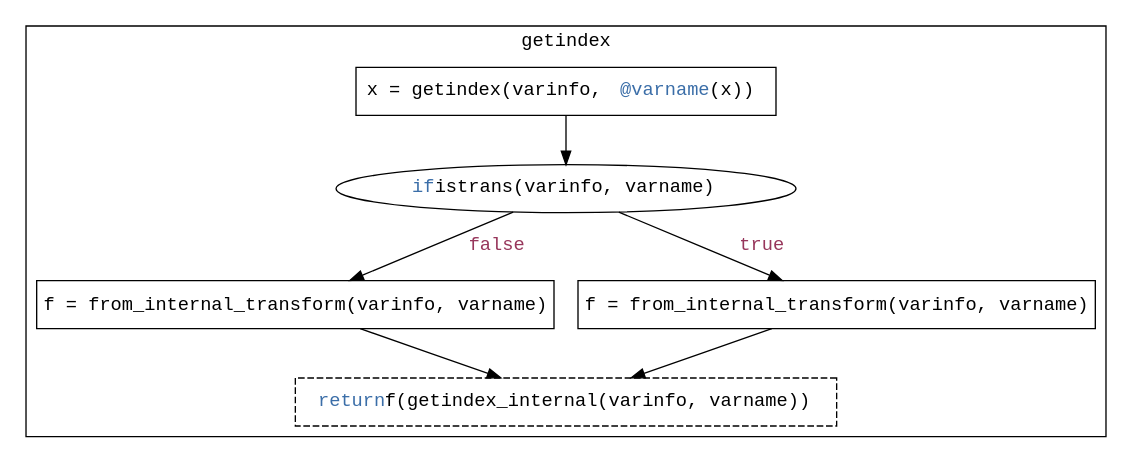
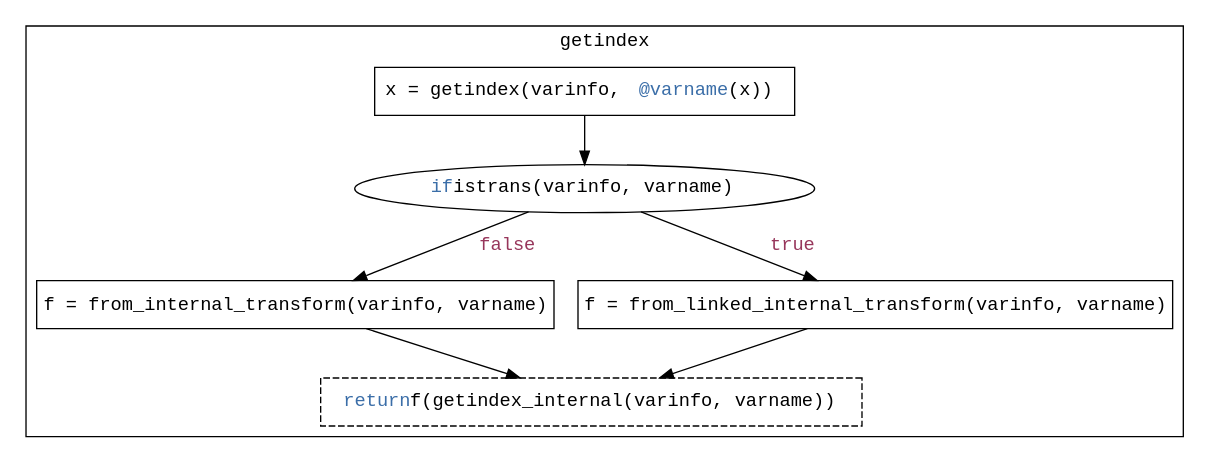
The diagram in docs/src/assets/images/transformations-getindex-without-dist.dot (TuringLang/DynamicPPL.jl), drawn with Graphviz before and after one commit. The commit also changed 3 other files, not shown here.

Commit message:
fixed getindex diagrams in docs

```diff
--- a/docs/src/assets/images/transformations-getindex-without-dist.dot
+++ b/docs/src/assets/images/transformations-getindex-without-dist.dot
@@ -1,19 +1,19 @@
 digraph {  
   # `getindex` block
   subgraph cluster_getindex {
     label = "getindex";
     fontname = "Courier";
 
     getindex [shape=box, label=< x = getindex(varinfo, <FONT COLOR="#3B6EA8">@varname</FONT>(x)) >, fontname="Courier"];
     iflinked_getindex [label=< <FONT COLOR="#3B6EA8">if</FONT> istrans(varinfo, varname) >, fontname="Courier"];
     without_linking_getindex [shape=box, label="f = from_internal_transform(varinfo, varname)", fontname="Courier"];
-    with_linking_getindex [shape=box, label="f = from_internal_transform(varinfo, varname)", fontname="Courier"];
+    with_linking_getindex [shape=box, label="f = from_linked_internal_transform(varinfo, varname)", fontname="Courier"];
     return_getindex [shape=box, label=< <FONT COLOR="#3B6EA8">return</FONT> f(getindex_internal(varinfo, varname)) >, style=dashed, fontname="Courier"];
 
     getindex -> iflinked_getindex;
     iflinked_getindex -> without_linking_getindex [label=<  <FONT COLOR="#97365B">false</FONT>>, fontname="Courier"];
     iflinked_getindex -> with_linking_getindex [label=<  <FONT COLOR="#97365B">true</FONT>>, fontname="Courier"];
     without_linking_getindex -> return_getindex;
     with_linking_getindex -> return_getindex;
   }
 }
```
